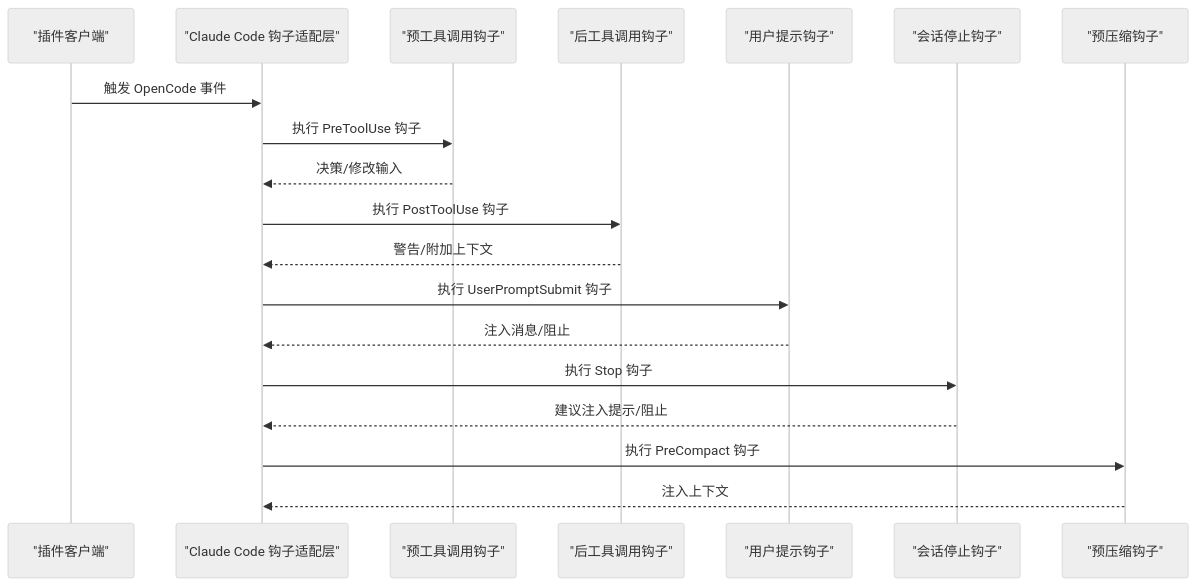
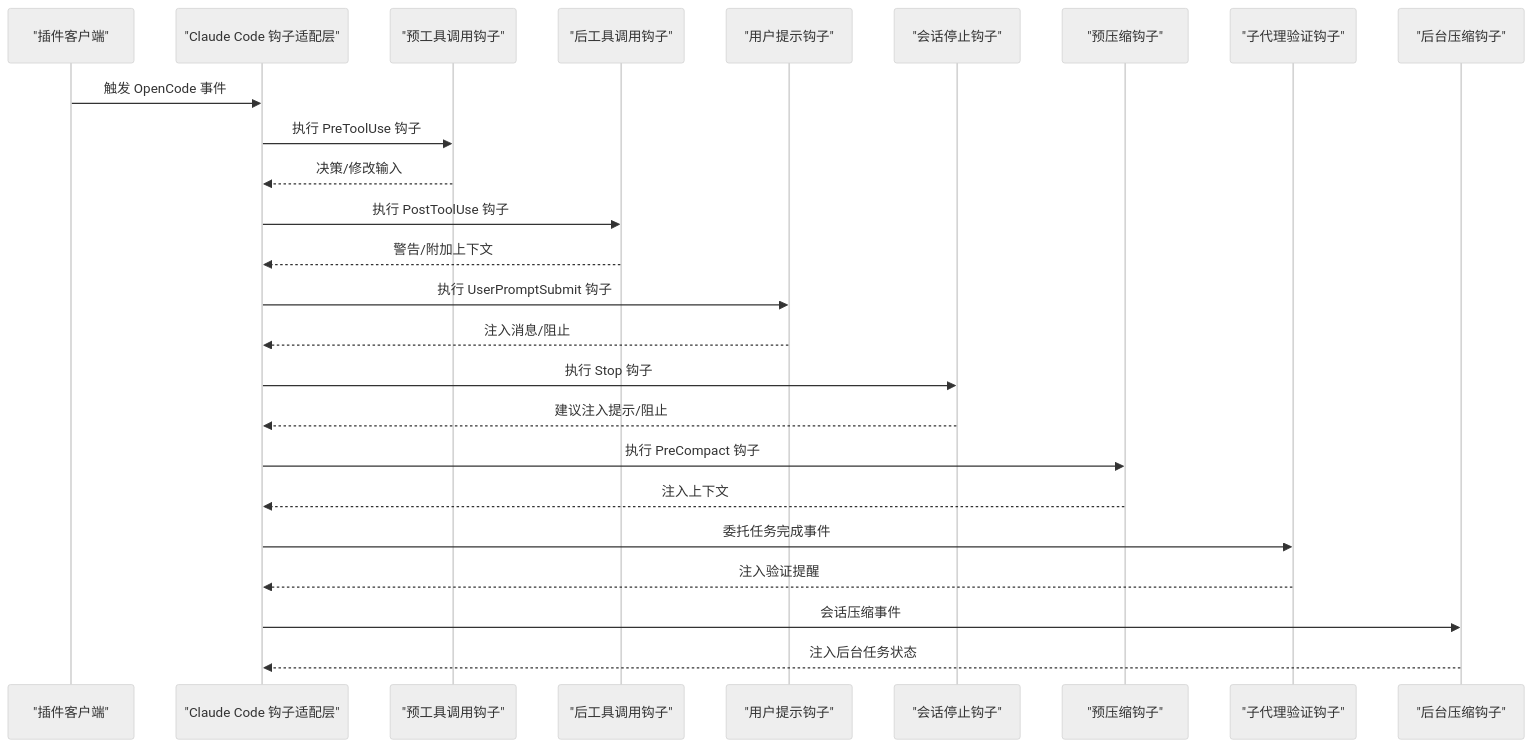
The second of 9 diagrams in .qoder/repowiki/zh/content/钩子系统/专用功能钩子.md (code-yeongyu/oh-my-openagent), drawn with Mermaid (neutral theme) before and after one commit. The commit also changed other lines of this file and 61 other files, not shown here.

````diff
--- a/.qoder/repowiki/zh/content/钩子系统/专用功能钩子.md
+++ b/.qoder/repowiki/zh/content/钩子系统/专用功能钩子.md
@@ -137,21 +173,27 @@
 ```mermaid
 sequenceDiagram
 participant Client as "插件客户端"
 participant Adapter as "Claude Code 钩子适配层"
 participant Pre as "预工具调用钩子"
 participant Post as "后工具调用钩子"
 participant Prompt as "用户提示钩子"
 participant Stop as "会话停止钩子"
 participant Compact as "预压缩钩子"
+participant Subagent as "子代理验证钩子"
+participant Background as "后台压缩钩子"
 Client->>Adapter : 触发 OpenCode 事件
 Adapter->>Pre : 执行 PreToolUse 钩子
 Pre-->>Adapter : 决策/修改输入
 Adapter->>Post : 执行 PostToolUse 钩子
 Post-->>Adapter : 警告/附加上下文
 Adapter->>Prompt : 执行 UserPromptSubmit 钩子
 Prompt-->>Adapter : 注入消息/阻止
 Adapter->>Stop : 执行 Stop 钩子
 Stop-->>Adapter : 建议注入提示/阻止
 Adapter->>Compact : 执行 PreCompact 钩子
 Compact-->>Adapter : 注入上下文
+Adapter->>Subagent : 委托任务完成事件
+Subagent-->>Adapter : 注入验证提醒
+Adapter->>Background : 会话压缩事件
+Background-->>Adapter : 注入后台任务状态
 ```
````
